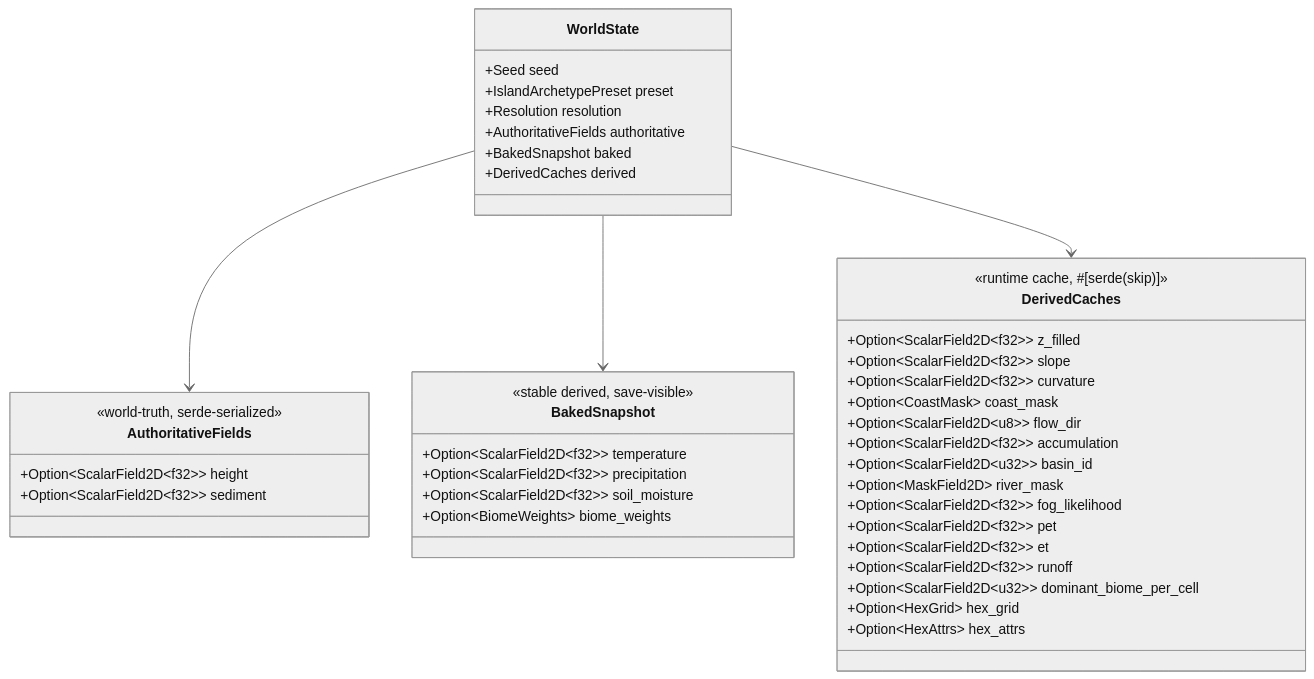
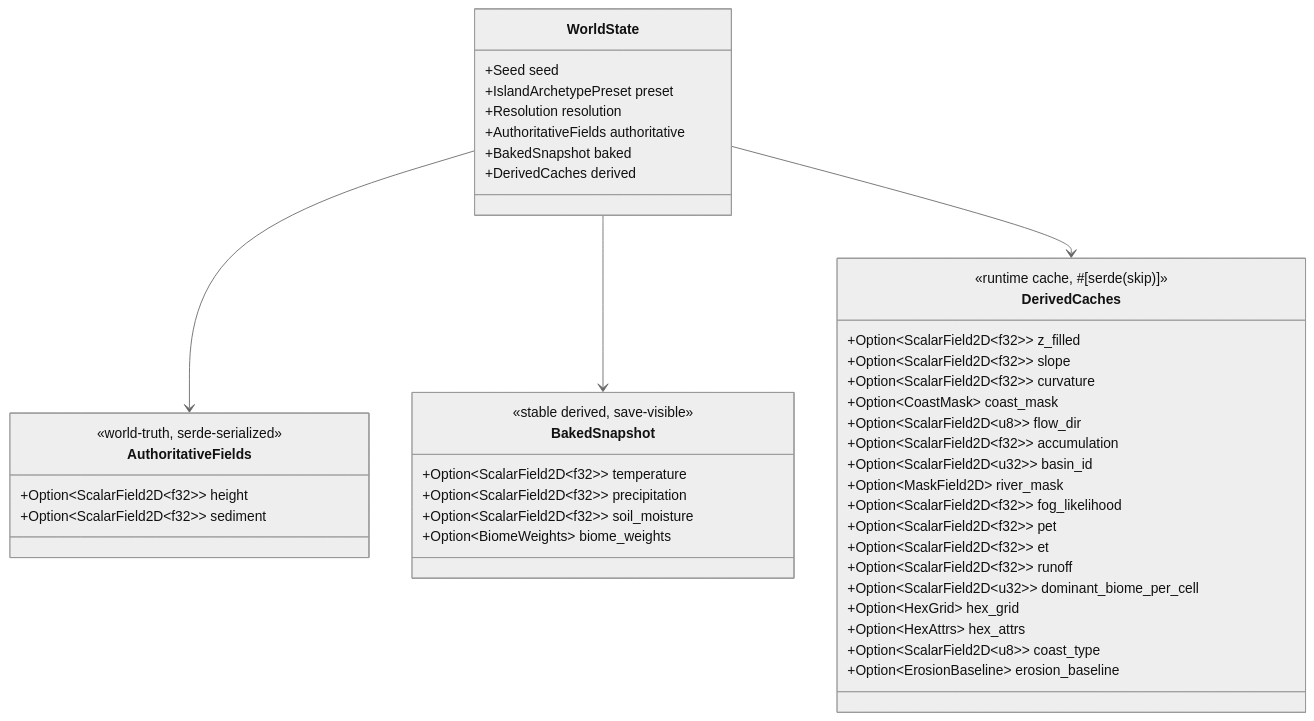
The second of 5 diagrams in docs/architecture/ARCHITECTURE.md (AmanThuL/Island-Proc-Gen), drawn with Mermaid (neutral theme) before and after one commit. The commit also changed other lines of this file and 4 other files, not shown here.

````diff
--- a/docs/architecture/ARCHITECTURE.md
+++ b/docs/architecture/ARCHITECTURE.md
@@ -105,44 +105,46 @@
 ```mermaid
 classDiagram
     class WorldState {
         +Seed seed
         +IslandArchetypePreset preset
         +Resolution resolution
         +AuthoritativeFields authoritative
         +BakedSnapshot baked
         +DerivedCaches derived
     }
     class AuthoritativeFields {
         <<world-truth, serde-serialized>>
         +Option~ScalarField2D~f32~~ height
         +Option~ScalarField2D~f32~~ sediment
     }
     class BakedSnapshot {
         <<stable derived, save-visible>>
         +Option~ScalarField2D~f32~~ temperature
         +Option~ScalarField2D~f32~~ precipitation
         +Option~ScalarField2D~f32~~ soil_moisture
         +Option~BiomeWeights~ biome_weights
     }
     class DerivedCaches {
         <<runtime cache, #[serde(skip)]>>
         +Option~ScalarField2D~f32~~ z_filled
         +Option~ScalarField2D~f32~~ slope
         +Option~ScalarField2D~f32~~ curvature
         +Option~CoastMask~ coast_mask
         +Option~ScalarField2D~u8~~ flow_dir
         +Option~ScalarField2D~f32~~ accumulation
         +Option~ScalarField2D~u32~~ basin_id
         +Option~MaskField2D~ river_mask
         +Option~ScalarField2D~f32~~ fog_likelihood
         +Option~ScalarField2D~f32~~ pet
         +Option~ScalarField2D~f32~~ et
         +Option~ScalarField2D~f32~~ runoff
         +Option~ScalarField2D~u32~~ dominant_biome_per_cell
         +Option~HexGrid~ hex_grid
         +Option~HexAttrs~ hex_attrs
+        +Option~ScalarField2D~u8~~ coast_type
+        +Option~ErosionBaseline~ erosion_baseline
     }
     WorldState --> AuthoritativeFields
     WorldState --> BakedSnapshot
     WorldState --> DerivedCaches
 ```
````
